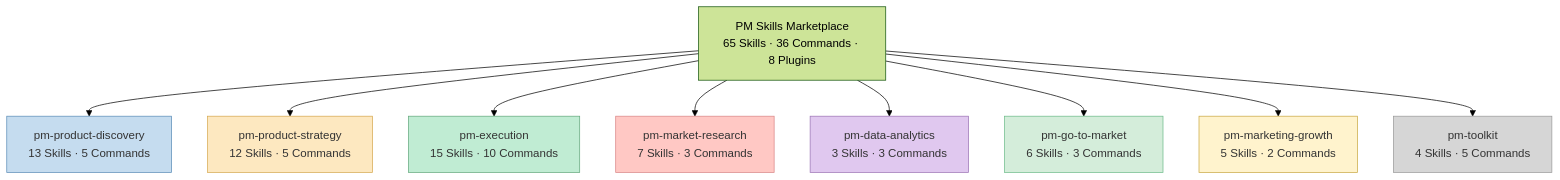
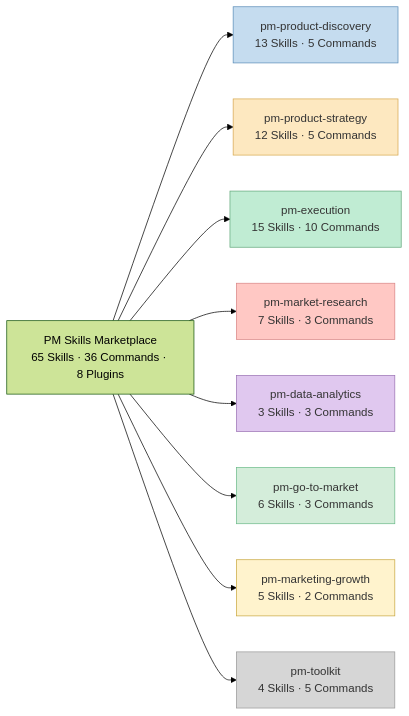
Before and after one commit to gyuha/blog: the second of 7 diagrams in content/post/2026/2026-03-11-pm-skills-marketplace.md, drawn with Mermaid (forest theme). The commit also changed other lines of this file, not shown here.

````diff
--- a/content/post/2026/2026-03-11-pm-skills-marketplace.md
+++ b/content/post/2026/2026-03-11-pm-skills-marketplace.md
@@ -66,31 +66,31 @@
 ```mermaid
-flowchart TD
+flowchart LR
     classDef discovery fill:#c5dcef,stroke:#5b8db8,color:#333
     classDef strategy fill:#fde8c0,stroke:#d6a84f,color:#333
     classDef execution fill:#c0ecd3,stroke:#63a87c,color:#333
     classDef research fill:#ffc8c4,stroke:#d98686,color:#333
     classDef analytics fill:#e0c8ef,stroke:#9b73b5,color:#333
     classDef gtm fill:#d4edda,stroke:#6dbb8a,color:#333
     classDef growth fill:#fff3cd,stroke:#c9a842,color:#333
     classDef toolkit fill:#d6d6d6,stroke:#999,color:#333
 
     M["PM Skills Marketplace<br/>65 Skills · 36 Commands · 8 Plugins"]
 
     D["pm-product-discovery<br/>13 Skills · 5 Commands"]:::discovery
     S["pm-product-strategy<br/>12 Skills · 5 Commands"]:::strategy
     E["pm-execution<br/>15 Skills · 10 Commands"]:::execution
     R["pm-market-research<br/>7 Skills · 3 Commands"]:::research
     A["pm-data-analytics<br/>3 Skills · 3 Commands"]:::analytics
     G["pm-go-to-market<br/>6 Skills · 3 Commands"]:::gtm
     GR["pm-marketing-growth<br/>5 Skills · 2 Commands"]:::growth
     T["pm-toolkit<br/>4 Skills · 5 Commands"]:::toolkit
 
     M --> D
     M --> S
     M --> E
     M --> R
     M --> A
     M --> G
     M --> GR
     M --> T
 ```
````
